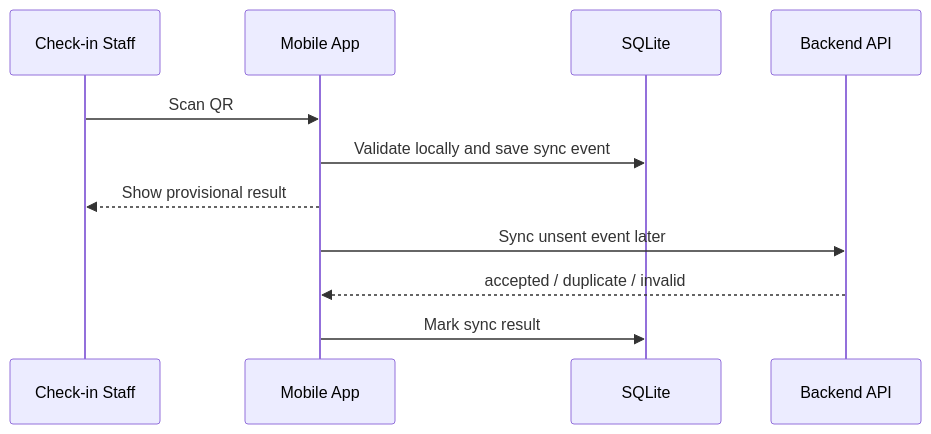
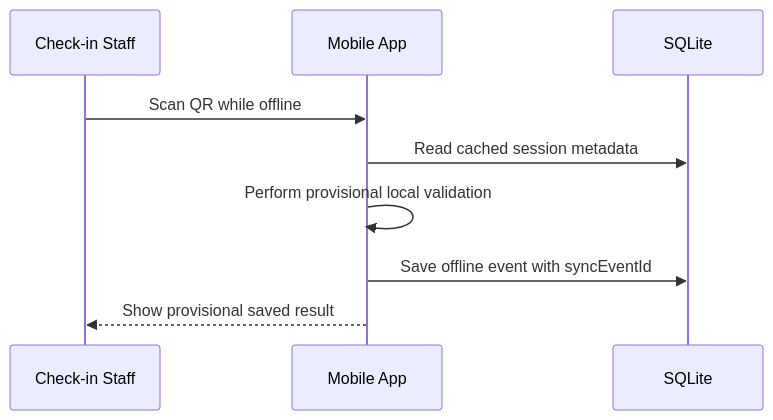
The third of 5 diagrams in blueprint/specs/checkin.md (NguyenThanhTien539/unihub-workshop-system), drawn with Mermaid before and after one commit. The commit also changed other lines of this file and 8 other files, not shown here.

````diff
--- a/blueprint/specs/checkin.md
+++ b/blueprint/specs/checkin.md
@@ -24,14 +114,12 @@
 ```mermaid
 sequenceDiagram
     participant Staff as Check-in Staff
     participant App as Mobile App
     participant Local as SQLite
-    participant API as Backend API
 
-    Staff->>App: Scan QR
-    App->>Local: Validate locally and save sync event
-    App-->>Staff: Show provisional result
-    App->>API: Sync unsent event later
-    API-->>App: accepted / duplicate / invalid
-    App->>Local: Mark sync result
+    Staff->>App: Scan QR while offline
+    App->>Local: Read cached session metadata
+    App->>App: Perform provisional local validation
+    App->>Local: Save offline event with syncEventId
+    App-->>Staff: Show provisional saved result
 ```
````
